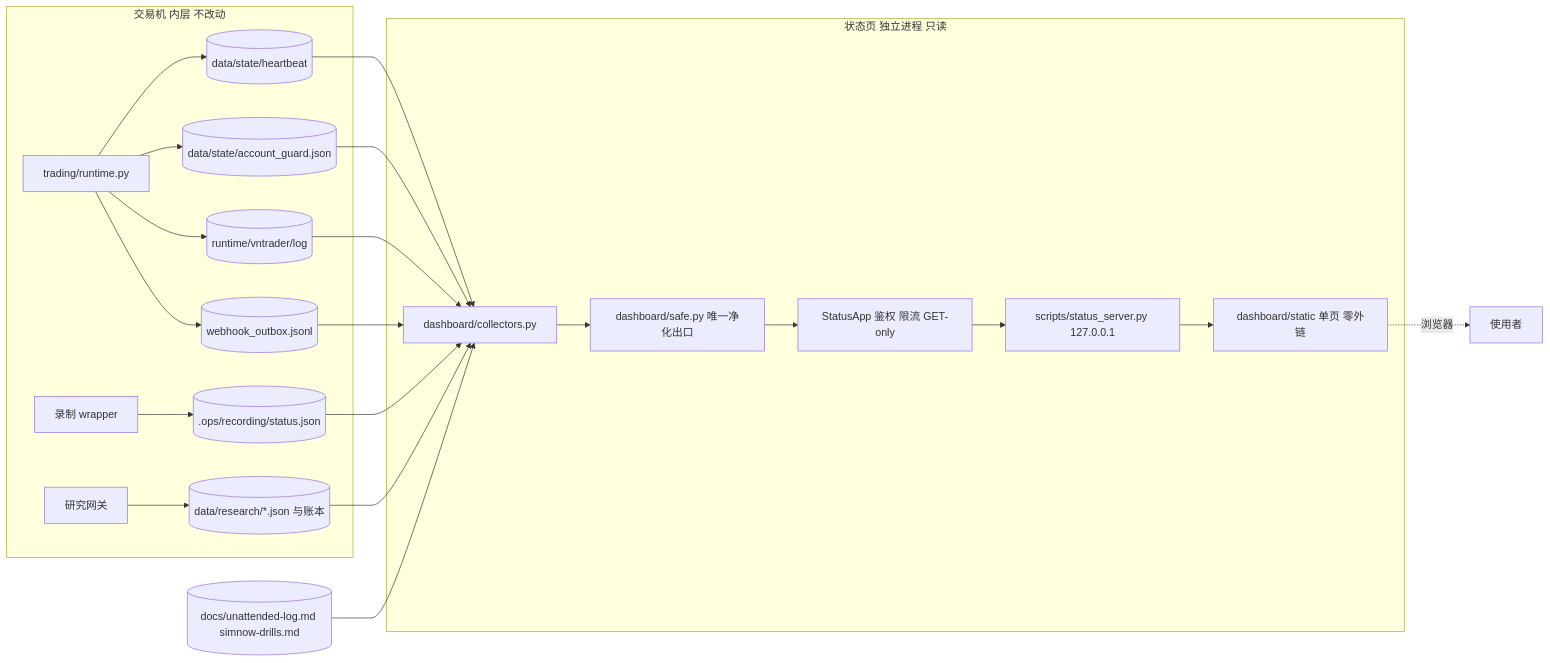
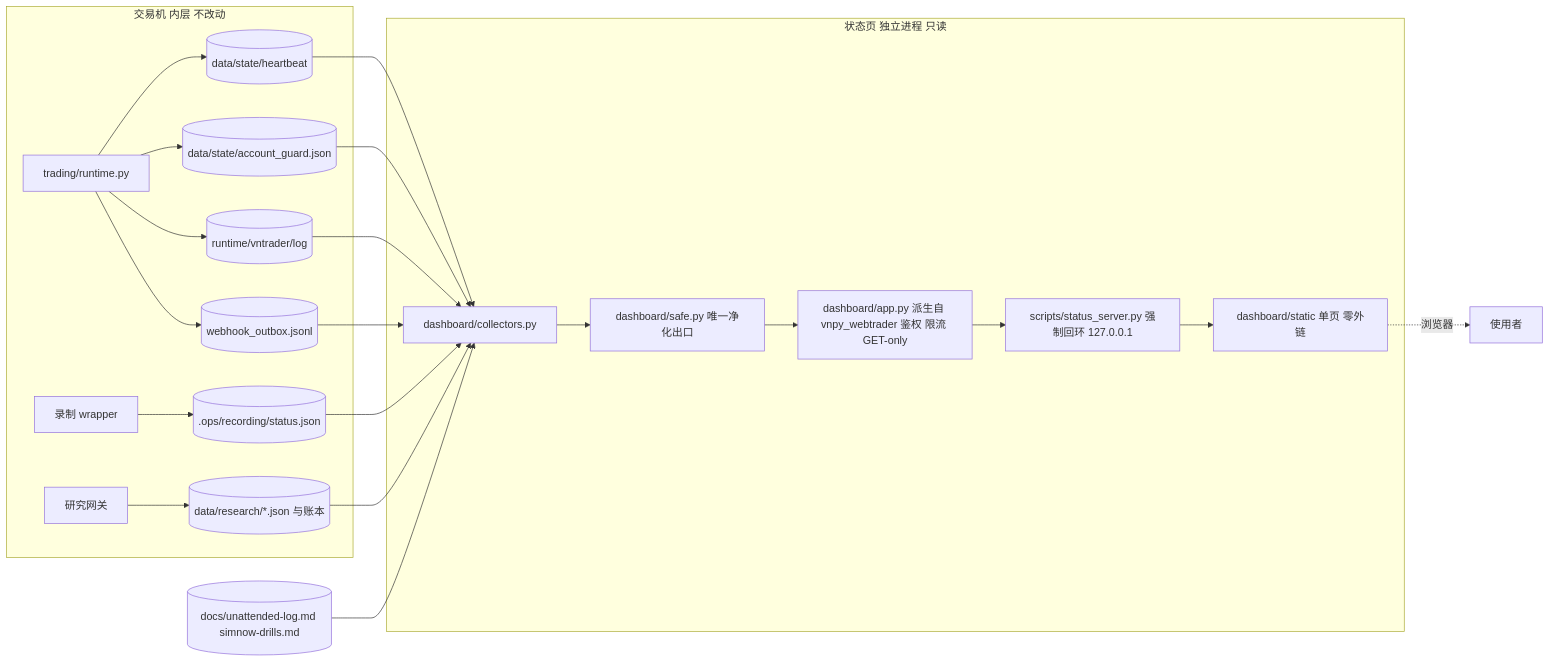
Before and after one commit to laiyinyizao007/invest: the first of 2 diagrams in docs/plans/20261112-status-dashboard-plan.md, drawn with Mermaid. The commit also changed other lines of this file and 4 other files, not shown here.

First line of the commit message:
docs(dashboard): 状态页后端改为 fork 并改造 vnpy_webtrader,更新 ADR 与计划 (ref #1)

````diff
--- a/docs/plans/20261112-status-dashboard-plan.md
+++ b/docs/plans/20261112-status-dashboard-plan.md
@@ -29,25 +31,25 @@
 ```mermaid
 flowchart LR
   subgraph TR[交易机 内层 不改动]
     RT[trading/runtime.py] --> HB[(data/state/heartbeat)]
     RT --> AG[(data/state/account_guard.json)]
     RT --> LOG[(runtime/vntrader/log)]
     RT --> OB[(webhook_outbox.jsonl)]
     REC[录制 wrapper] --> RS[(.ops/recording/status.json)]
     RES[研究网关] --> RR[(data/research/*.json 与账本)]
   end
   subgraph DB[状态页 独立进程 只读]
     COL[dashboard/collectors.py] --> SAFE[dashboard/safe.py 唯一净化出口]
-    SAFE --> APP[StatusApp 鉴权 限流 GET-only]
-    APP --> SRV[scripts/status_server.py 127.0.0.1]
+    SAFE --> APP[dashboard/app.py 派生自 vnpy_webtrader 鉴权 限流 GET-only]
+    APP --> SRV[scripts/status_server.py 强制回环 127.0.0.1]
     SRV --> UI[dashboard/static 单页 零外链]
   end
   HB --> COL
   AG --> COL
   LOG --> COL
   OB --> COL
   RS --> COL
   RR --> COL
   DOCS[(docs/unattended-log.md simnow-drills.md)] --> COL
   UI -. 浏览器 .-> USER[使用者]
 ```
````
